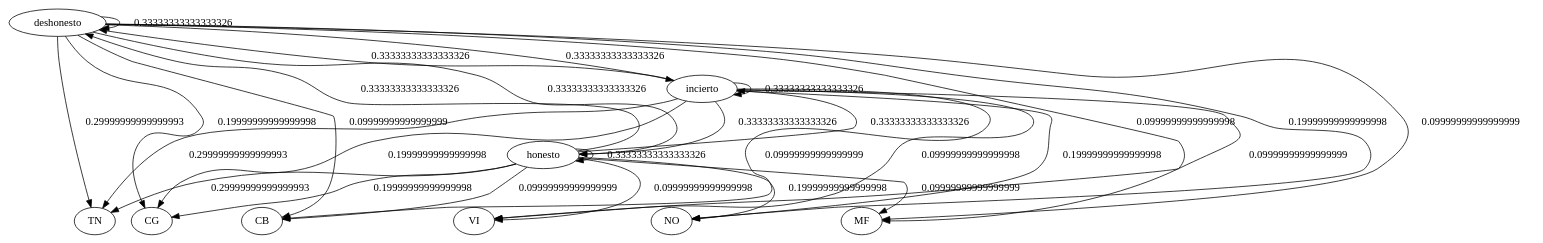
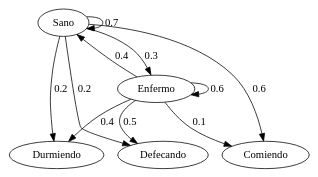
Before and after one commit to kathesm903/seminario: the diagram in codigo/pet_dog_hidden_markov.dot, drawn with Graphviz. The commit also changed 13 other files, not shown here.

```diff
--- a/codigo/pet_dog_hidden_markov.dot
+++ b/codigo/pet_dog_hidden_markov.dot
@@ -1,38 +1,17 @@
 digraph  {
-deshonesto;
-incierto;
-honesto;
-CB;
-TN;
-CG;
-MF;
-VI;
-NO;
-deshonesto -> deshonesto  [key=0, label="0.33333333333333326", weight="0.33333333333333326"];
-deshonesto -> incierto  [key=0, label="0.33333333333333326", weight="0.33333333333333326"];
-deshonesto -> honesto  [key=0, label="0.33333333333333326", weight="0.33333333333333326"];
-deshonesto -> CB  [key=0, label="0.09999999999999999", weight="0.09999999999999999"];
-deshonesto -> TN  [key=0, label="0.29999999999999993", weight="0.29999999999999993"];
-deshonesto -> CG  [key=0, label="0.19999999999999998", weight="0.19999999999999998"];
-deshonesto -> MF  [key=0, label="0.09999999999999999", weight="0.09999999999999999"];
-deshonesto -> VI  [key=0, label="0.09999999999999998", weight="0.09999999999999998"];
-deshonesto -> NO  [key=0, label="0.19999999999999998", weight="0.19999999999999998"];
-incierto -> deshonesto  [key=0, label="0.33333333333333326", weight="0.33333333333333326"];
-incierto -> incierto  [key=0, label="0.33333333333333326", weight="0.33333333333333326"];
-incierto -> honesto  [key=0, label="0.33333333333333326", weight="0.33333333333333326"];
-incierto -> CB  [key=0, label="0.09999999999999999", weight="0.09999999999999999"];
-incierto -> TN  [key=0, label="0.29999999999999993", weight="0.29999999999999993"];
-incierto -> CG  [key=0, label="0.19999999999999998", weight="0.19999999999999998"];
-incierto -> MF  [key=0, label="0.09999999999999999", weight="0.09999999999999999"];
-incierto -> VI  [key=0, label="0.09999999999999998", weight="0.09999999999999998"];
-incierto -> NO  [key=0, label="0.19999999999999998", weight="0.19999999999999998"];
-honesto -> deshonesto  [key=0, label="0.33333333333333326", weight="0.33333333333333326"];
-honesto -> incierto  [key=0, label="0.33333333333333326", weight="0.33333333333333326"];
-honesto -> honesto  [key=0, label="0.33333333333333326", weight="0.33333333333333326"];
-honesto -> CB  [key=0, label="0.09999999999999999", weight="0.09999999999999999"];
-honesto -> TN  [key=0, label="0.29999999999999993", weight="0.29999999999999993"];
-honesto -> CG  [key=0, label="0.19999999999999998", weight="0.19999999999999998"];
-honesto -> MF  [key=0, label="0.09999999999999999", weight="0.09999999999999999"];
-honesto -> VI  [key=0, label="0.09999999999999998", weight="0.09999999999999998"];
-honesto -> NO  [key=0, label="0.19999999999999998", weight="0.19999999999999998"];
+Sano;
+Enfermo;
+Durmiendo;
+Comiendo;
+Defecando;
+Sano -> Sano  [key=0, label="0.7", weight="0.7"];
+Sano -> Enfermo  [key=0, label="0.3", weight="0.3"];
+Sano -> Durmiendo  [key=0, label="0.2", weight="0.2"];
+Sano -> Comiendo  [key=0, label="0.6", weight="0.6"];
+Sano -> Defecando  [key=0, label="0.2", weight="0.2"];
+Enfermo -> Sano  [key=0, label="0.4", weight="0.4"];
+Enfermo -> Enfermo  [key=0, label="0.6", weight="0.6"];
+Enfermo -> Durmiendo  [key=0, label="0.4", weight="0.4"];
+Enfermo -> Comiendo  [key=0, label="0.1", weight="0.1"];
+Enfermo -> Defecando  [key=0, label="0.5", weight="0.5"];
 }
```
